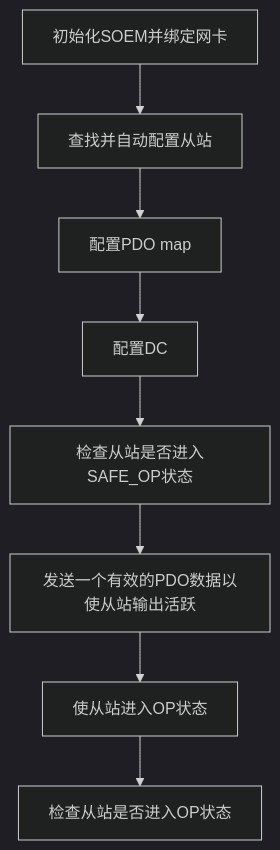
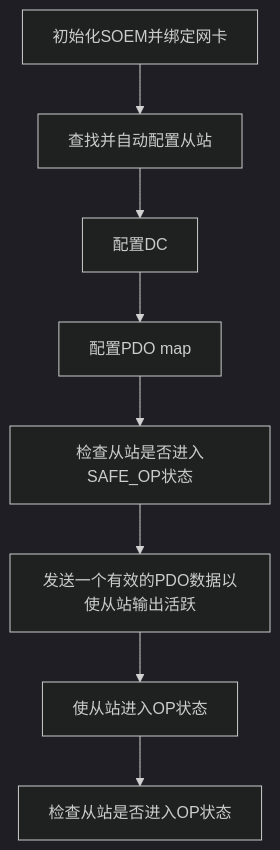
Before and after one commit to guojinloong/Notes: the diagram in EtherCAT/Open EtherCAT Society/SOEM/SOEM.md, drawn with Mermaid (dark theme). The commit also changed other lines of this file, not shown here.

````diff
--- a/EtherCAT/Open EtherCAT Society/SOEM/SOEM.md
+++ b/EtherCAT/Open EtherCAT Society/SOEM/SOEM.md
@@ -96,4 +97,4 @@
 ```mermaid
 graph TD
-A[初始化SOEM并绑定网卡]-->B[查找并自动配置从站]-->C[配置PDO map]-->D[配置DC]-->E[检查从站是否进入SAFE_OP状态]-->F[发送一个有效的PDO数据以使从站输出活跃]-->G[使从站进入OP状态]-->H[检查从站是否进入OP状态]
+A[初始化SOEM并绑定网卡]-->B[查找并自动配置从站]-->D[配置DC]-->C[配置PDO map]-->E[检查从站是否进入SAFE_OP状态]-->F[发送一个有效的PDO数据以使从站输出活跃]-->G[使从站进入OP状态]-->H[检查从站是否进入OP状态]
 ```
````
